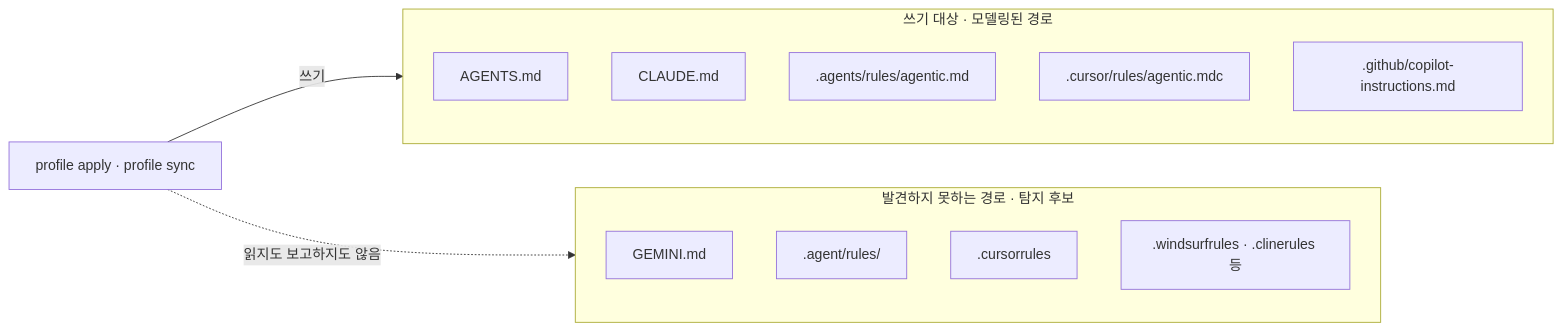
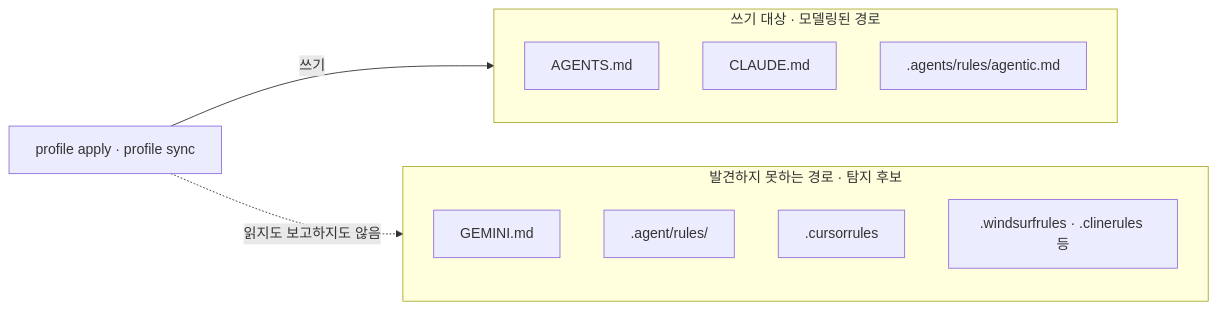
The first of 2 diagrams in docs/discussion/architecture/topics/agent-rule-discovery.md (IsthisLee/agent-context-manager), drawn with Mermaid before and after one commit. The commit also changed other lines of this file and 31 other files, not shown here.

First line of the commit message:
feat!: Cursor·Copilot 지침 파일 생성을 멈추고 지원 에이전트를 세 개로 좁힌다

````diff
--- a/docs/discussion/architecture/topics/agent-rule-discovery.md
+++ b/docs/discussion/architecture/topics/agent-rule-discovery.md
@@ -50,19 +50,17 @@
 ```mermaid
 flowchart LR
   APPLY["profile apply · profile sync"]
   subgraph W["쓰기 대상 · 모델링된 경로"]
     A1["AGENTS.md"]
     A2["CLAUDE.md"]
     A3[".agents/rules/agentic.md"]
-    A4[".cursor/rules/agentic.mdc"]
-    A5[".github/copilot-instructions.md"]
   end
   subgraph N["발견하지 못하는 경로 · 탐지 후보"]
     B1["GEMINI.md"]
     B2[".agent/rules/"]
     B3[".cursorrules"]
     B4[".windsurfrules · .clinerules 등"]
   end
   APPLY -->|쓰기| W
   APPLY -.->|읽지도 보고하지도 않음| N
 ```
````
